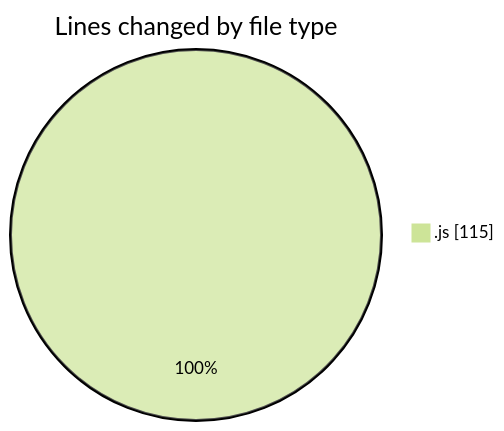
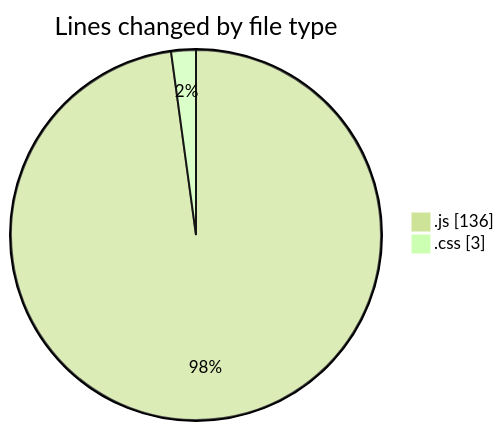
The first of 2 diagrams in 2025-09-07/quytuthien_vn/README.md (lephambinh05/code-tracking), drawn with Mermaid (forest theme) before and after one commit. The commit also changed other lines of this file and 1 other file, not shown here.

````diff
--- a/2025-09-07/quytuthien_vn/README.md
+++ b/2025-09-07/quytuthien_vn/README.md
@@ -21,5 +22,6 @@
 ```mermaid
 pie showData
 title Lines changed by file type
-".js" : 115
+".js" : 136
+".css" : 3
 ```
````
